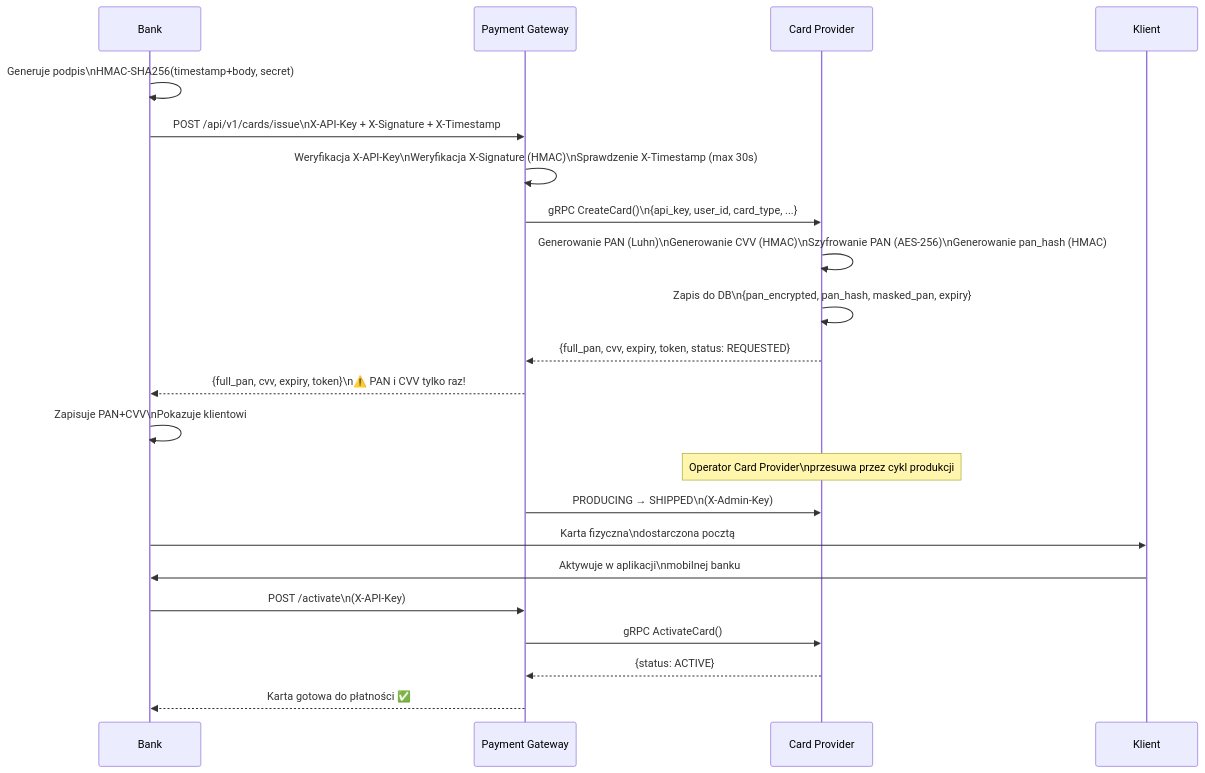
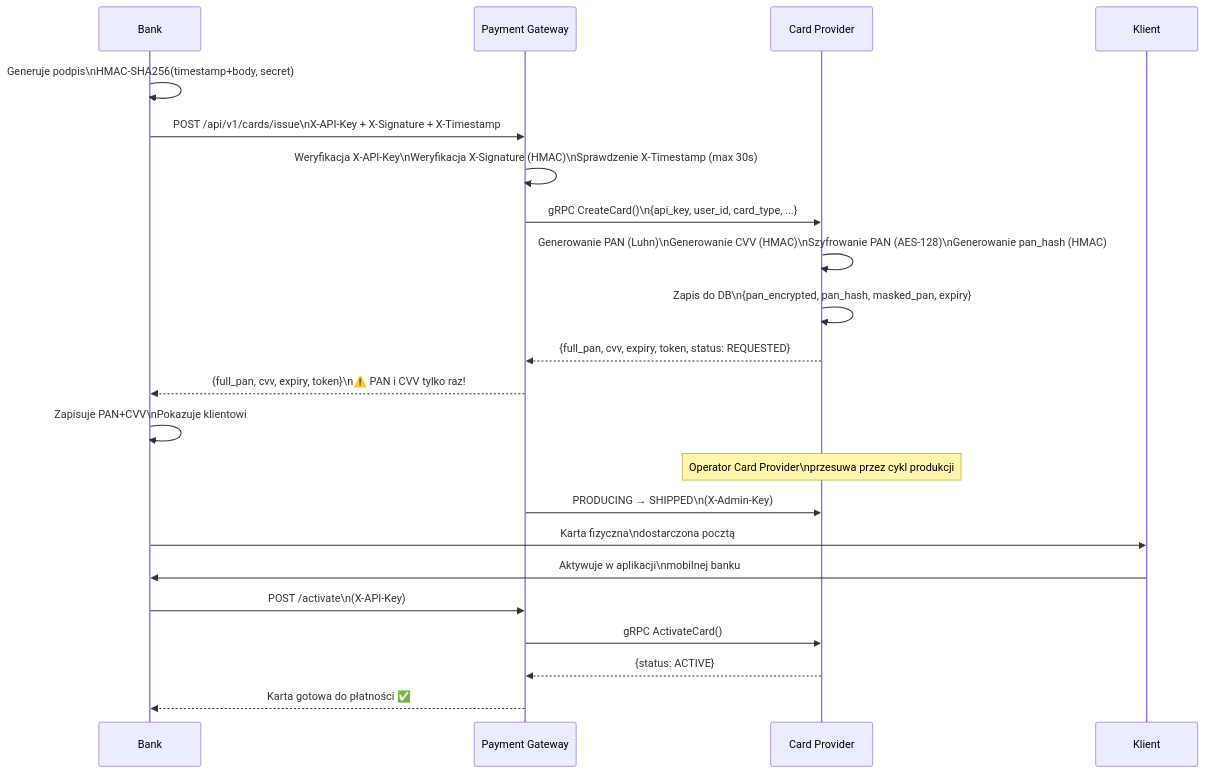
One commit to FilipSl3/Karty-Platnicze-Aplikacje-Biznesowe changed the third of 6 diagrams in README.md. Above: the diagram before and after it, drawn with Mermaid. The commit also changed other lines of this file and 4 other files, not shown here.

````diff
--- a/README.md
+++ b/README.md
@@ -433,28 +433,28 @@
 ```mermaid
 sequenceDiagram
     participant B as Bank
     participant GW as Payment Gateway
     participant CP as Card Provider
     participant K as Klient
 
     B->>B: Generuje podpis\nHMAC-SHA256(timestamp+body, secret)
     B->>GW: POST /api/v1/cards/issue\nX-API-Key + X-Signature + X-Timestamp
     GW->>GW: Weryfikacja X-API-Key\nWeryfikacja X-Signature (HMAC)\nSprawdzenie X-Timestamp (max 30s)
     GW->>CP: gRPC CreateCard()\n{api_key, user_id, card_type, ...}
-    CP->>CP: Generowanie PAN (Luhn)\nGenerowanie CVV (HMAC)\nSzyfrowanie PAN (AES-256)\nGenerowanie pan_hash (HMAC)
+    CP->>CP: Generowanie PAN (Luhn)\nGenerowanie CVV (HMAC)\nSzyfrowanie PAN (AES-128)\nGenerowanie pan_hash (HMAC)
     CP->>CP: Zapis do DB\n{pan_encrypted, pan_hash, masked_pan, expiry}
     CP-->>GW: {full_pan, cvv, expiry, token, status: REQUESTED}
     GW-->>B: {full_pan, cvv, expiry, token}\n⚠️ PAN i CVV tylko raz!
 
     B->>B: Zapisuje PAN+CVV\nPokazuje klientowi
 
     Note over CP: Operator Card Provider\nprzesuwa przez cykl produkcji
     GW->>CP: PRODUCING → SHIPPED\n(X-Admin-Key)
 
     B->>K: Karta fizyczna\ndostarczona pocztą
     K->>B: Aktywuje w aplikacji\nmobilnej banku
     B->>GW: POST /activate\n(X-API-Key)
     GW->>CP: gRPC ActivateCard()
     CP-->>GW: {status: ACTIVE}
     GW-->>B: Karta gotowa do płatności ✅
 ```
````
